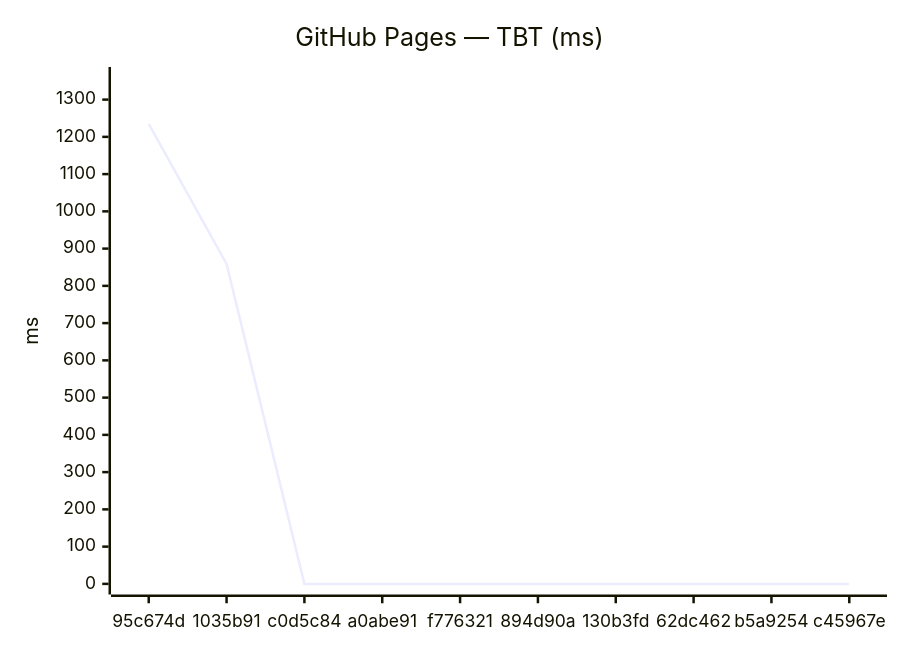
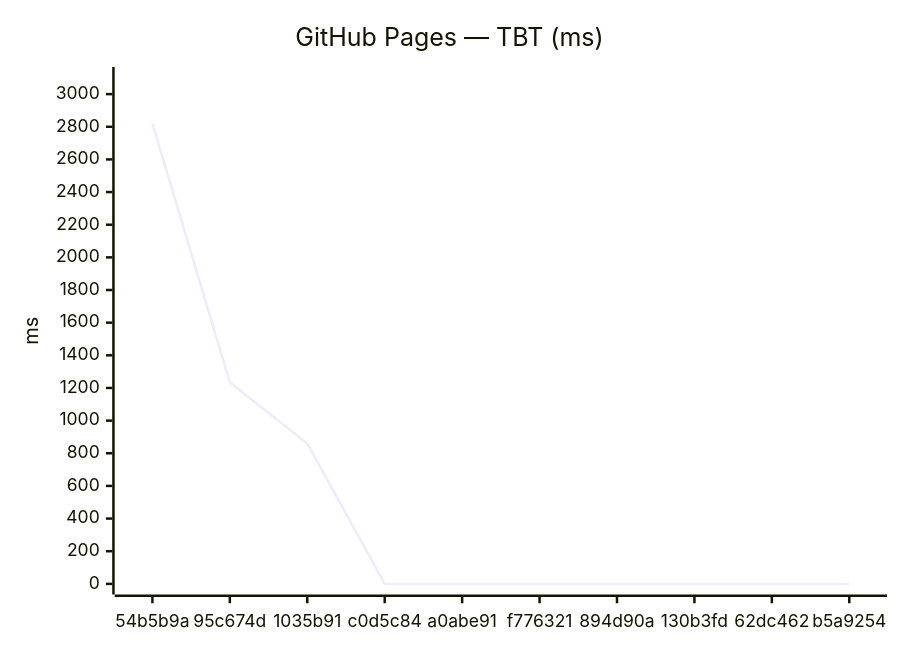
Before and after one commit to Metaheurist/Rianell: the fourth of 18 diagrams in benchmarks/compare.md, drawn with Mermaid. The commit also changed other lines of this file and 11 other files, not shown here.

````diff
--- a/benchmarks/compare.md
+++ b/benchmarks/compare.md
@@ -61,7 +61,7 @@
 ```mermaid
 xychart-beta
     title "GitHub Pages — TBT (ms)"
-    x-axis ["95c674d", "1035b91", "c0d5c84", "a0abe91", "f776321", "894d90a", "130b3fd", "62dc462", "b5a9254", "c45967e"]
-    y-axis "ms" 0 --> 1359
-    line [1235, 859, 0, 0, 0, 0, 0, 0, 0, 0]
+    x-axis ["54b5b9a", "95c674d", "1035b91", "c0d5c84", "a0abe91", "f776321", "894d90a", "130b3fd", "62dc462", "b5a9254"]
+    y-axis "ms" 0 --> 3101
+    line [2819, 1235, 859, 0, 0, 0, 0, 0, 0, 0]
 ```
````
